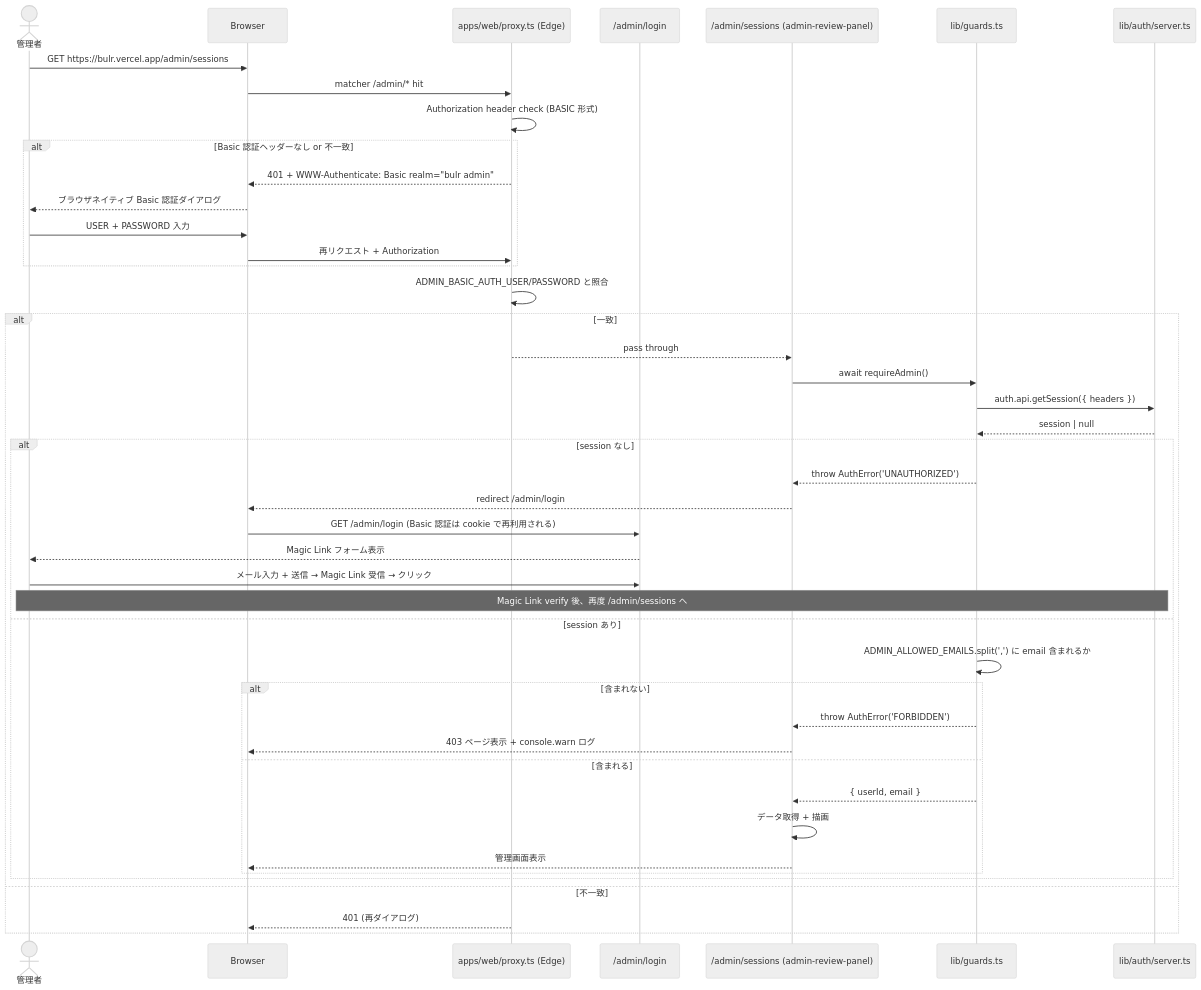
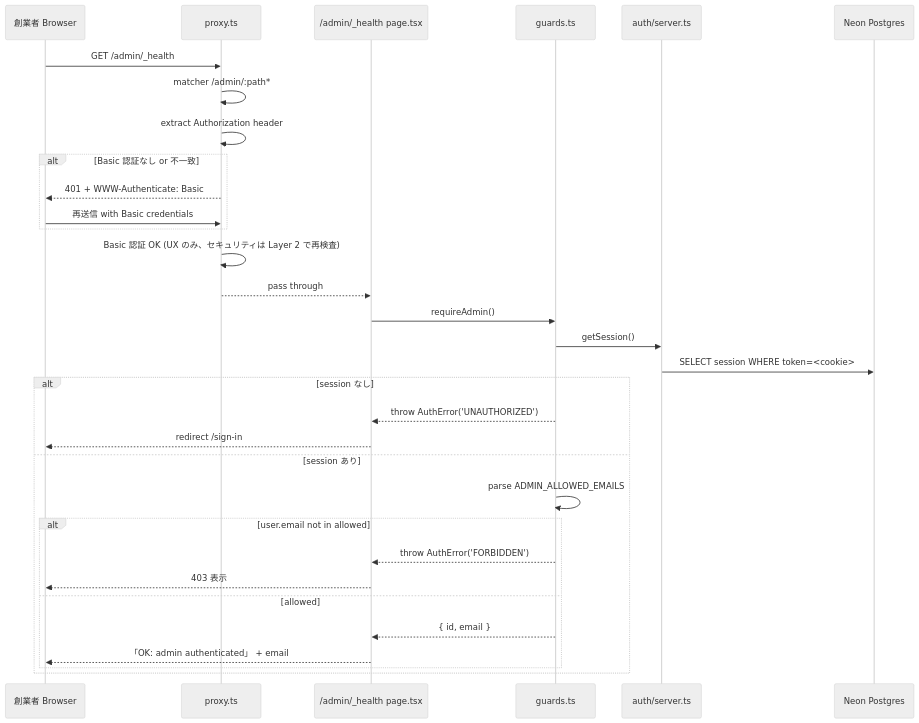
The third of 4 diagrams in .kiro/specs/authentication/design.md (nonnta-ww/bulr-app-mvp), drawn with Mermaid (neutral theme) before and after one commit. The commit also changed other lines of this file and 39 other files, not shown here.

````diff
--- a/.kiro/specs/authentication/design.md
+++ b/.kiro/specs/authentication/design.md
@@ -348,50 +346,35 @@
 ```mermaid
 sequenceDiagram
-    actor Admin as 管理者
-    participant Browser
-    participant Proxy as apps/web/proxy.ts (Edge)
-    participant LoginPage as /admin/login
-    participant AdminPage as /admin/sessions (admin-review-panel)
-    participant Guards as lib/guards.ts
-    participant AuthServer as lib/auth/server.ts
+    participant U as 創業者 Browser
+    participant P as proxy.ts
+    participant H as /admin/_health page.tsx
+    participant G as guards.ts
+    participant Srv as auth/server.ts
+    participant DB as Neon Postgres
 
-    Admin->>Browser: GET https://bulr.vercel.app/admin/sessions
-    Browser->>Proxy: matcher /admin/* hit
-    Proxy->>Proxy: Authorization header check (BASIC 形式)
-
-    alt Basic 認証ヘッダーなし or 不一致
-        Proxy-->>Browser: 401 + WWW-Authenticate: Basic realm="bulr admin"
-        Browser-->>Admin: ブラウザネイティブ Basic 認証ダイアログ
-        Admin->>Browser: USER + PASSWORD 入力
-        Browser->>Proxy: 再リクエスト + Authorization
+    U->>P: GET /admin/_health
+    P->>P: matcher /admin/:path*
+    P->>P: extract Authorization header
+    alt Basic 認証なし or 不一致
+        P-->>U: 401 + WWW-Authenticate: Basic
+        U->>P: 再送信 with Basic credentials
     end
-
-    Proxy->>Proxy: ADMIN_BASIC_AUTH_USER/PASSWORD と照合
-    alt 一致
-        Proxy-->>AdminPage: pass through
-        AdminPage->>Guards: await requireAdmin()
-        Guards->>AuthServer: auth.api.getSession({ headers })
-        AuthServer-->>Guards: session | null
-
-        alt session なし
-            Guards-->>AdminPage: throw AuthError('UNAUTHORIZED')
-            AdminPage-->>Browser: redirect /admin/login
-            Browser->>LoginPage: GET /admin/login (Basic 認証は cookie で再利用される)
-            LoginPage-->>Admin: Magic Link フォーム表示
-            Admin->>LoginPage: メール入力 + 送信 → Magic Link 受信 → クリック
-            Note over Admin,AuthServer: Magic Link verify 後、再度 /admin/sessions へ
-        else session あり
-            Guards->>Guards: ADMIN_ALLOWED_EMAILS.split(',') に email 含まれるか
-            alt 含まれない
-                Guards-->>AdminPage: throw AuthError('FORBIDDEN')
-                AdminPage-->>Browser: 403 ページ表示 + console.warn ログ
-            else 含まれる
-                Guards-->>AdminPage: { userId, email }
-                AdminPage->>AdminPage: データ取得 + 描画
-                AdminPage-->>Browser: 管理画面表示
-            end
+    P->>P: Basic 認証 OK (UX のみ、セキュリティは Layer 2 で再検査)
+    P-->>H: pass through
+    H->>G: requireAdmin()
+    G->>Srv: getSession()
+    Srv->>DB: SELECT session WHERE token=<cookie>
+    alt session なし
+        G-->>H: throw AuthError('UNAUTHORIZED')
+        H-->>U: redirect /sign-in
+    else session あり
+        G->>G: parse ADMIN_ALLOWED_EMAILS
+        alt user.email not in allowed
+            G-->>H: throw AuthError('FORBIDDEN')
+            H-->>U: 403 表示
+        else allowed
+            G-->>H: { id, email }
+            H-->>U: 「OK: admin authenticated」 + email
         end
-    else 不一致
-        Proxy-->>Browser: 401 (再ダイアログ)
     end
 ```
````
